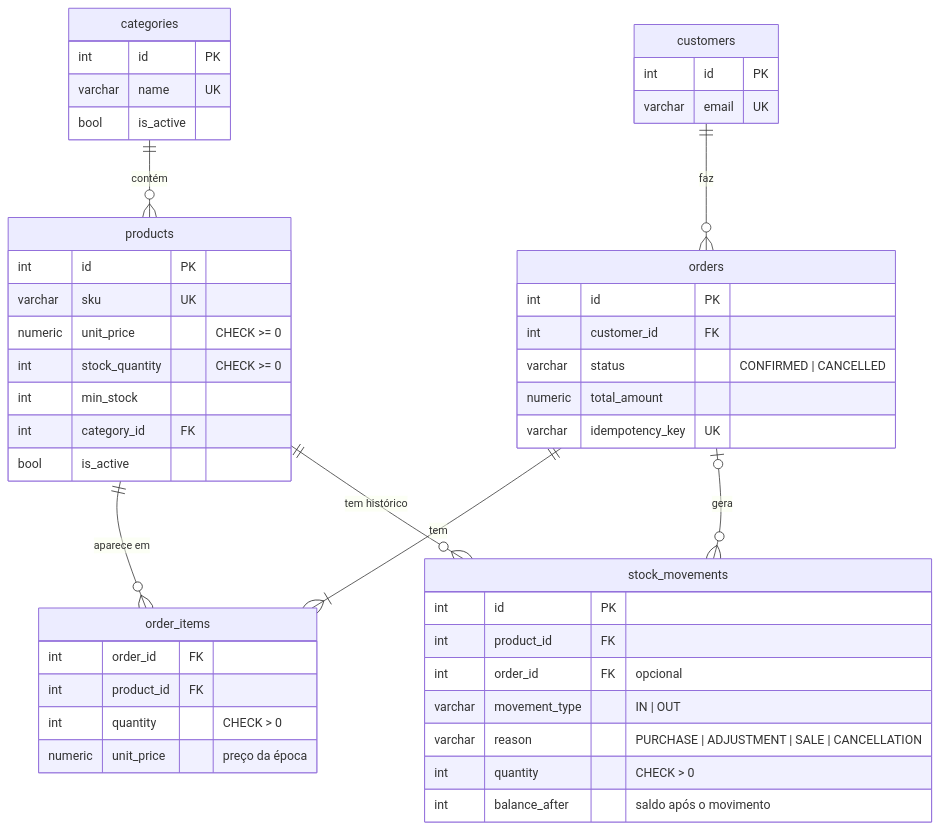
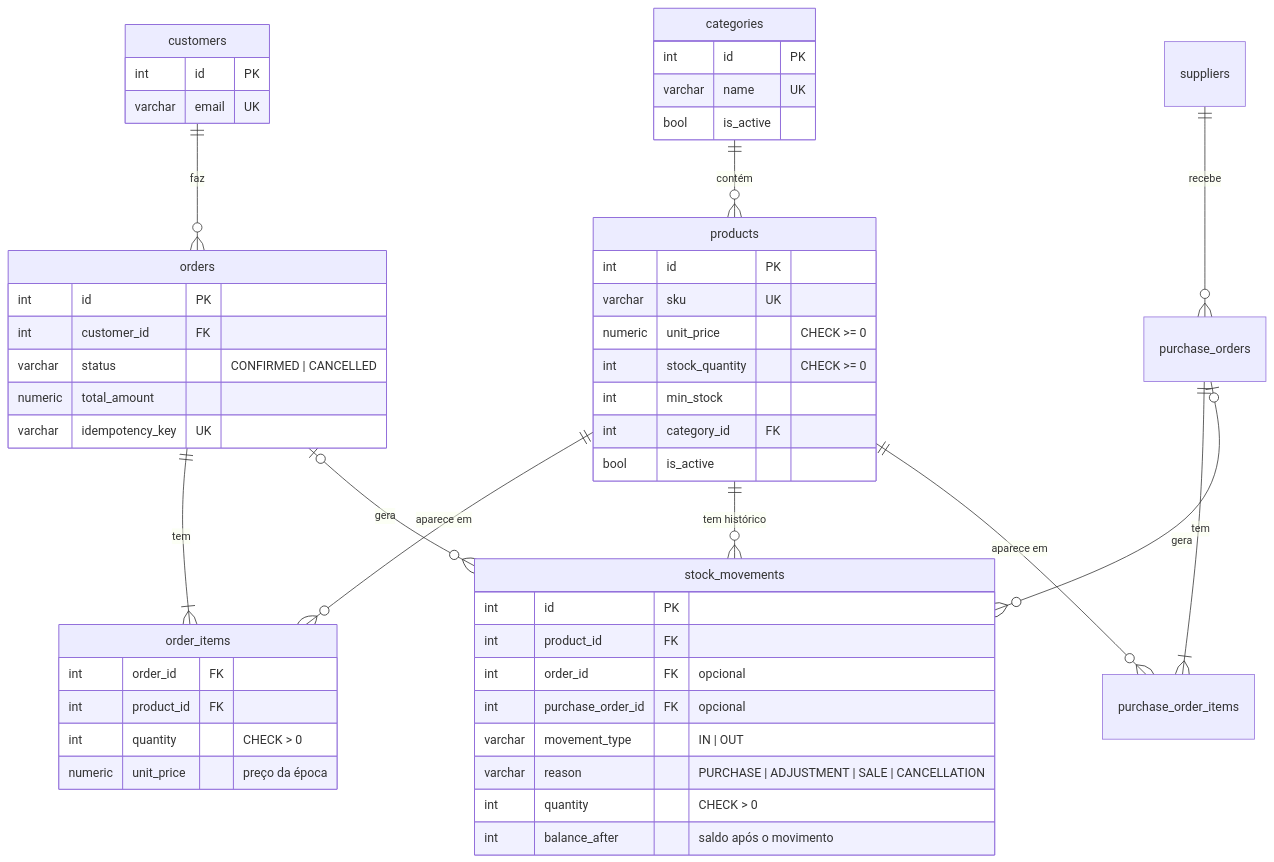
One commit to mattsilveira61/stockflow-api changed the diagram in README.md. Above: the diagram before and after it, drawn with Mermaid. The commit also changed other lines of this file and 24 other files, not shown here.

````diff
--- a/README.md
+++ b/README.md
@@ -58,50 +61,55 @@
 ```mermaid
 erDiagram
     categories ||--o{ products : contém
     customers ||--o{ orders : faz
     orders ||--|{ order_items : tem
     products ||--o{ order_items : "aparece em"
     products ||--o{ stock_movements : "tem histórico"
     orders |o--o{ stock_movements : gera
+    suppliers ||--o{ purchase_orders : recebe
+    purchase_orders ||--|{ purchase_order_items : tem
+    products ||--o{ purchase_order_items : "aparece em"
+    purchase_orders |o--o{ stock_movements : gera
 
     categories {
         int id PK
         varchar name UK
         bool is_active
     }
     products {
         int id PK
         varchar sku UK
         numeric unit_price "CHECK >= 0"
         int stock_quantity "CHECK >= 0"
         int min_stock
         int category_id FK
         bool is_active
     }
     customers {
         int id PK
         varchar email UK
     }
     orders {
         int id PK
         int customer_id FK
         varchar status "CONFIRMED | CANCELLED"
         numeric total_amount
         varchar idempotency_key UK
     }
     order_items {
         int order_id FK
         int product_id FK
         int quantity "CHECK > 0"
         numeric unit_price "preço da época"
     }
     stock_movements {
         int id PK
         int product_id FK
         int order_id FK "opcional"
+        int purchase_order_id FK "opcional"
         varchar movement_type "IN | OUT"
         varchar reason "PURCHASE | ADJUSTMENT | SALE | CANCELLATION"
         int quantity "CHECK > 0"
         int balance_after "saldo após o movimento"
     }
 ```
````
